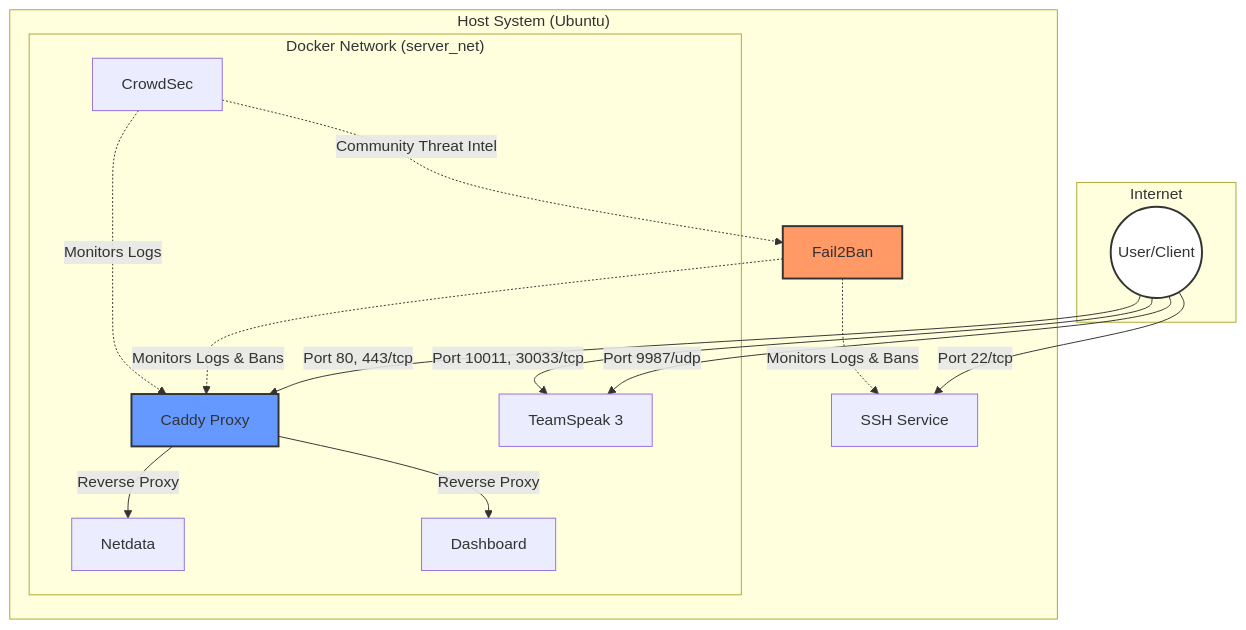
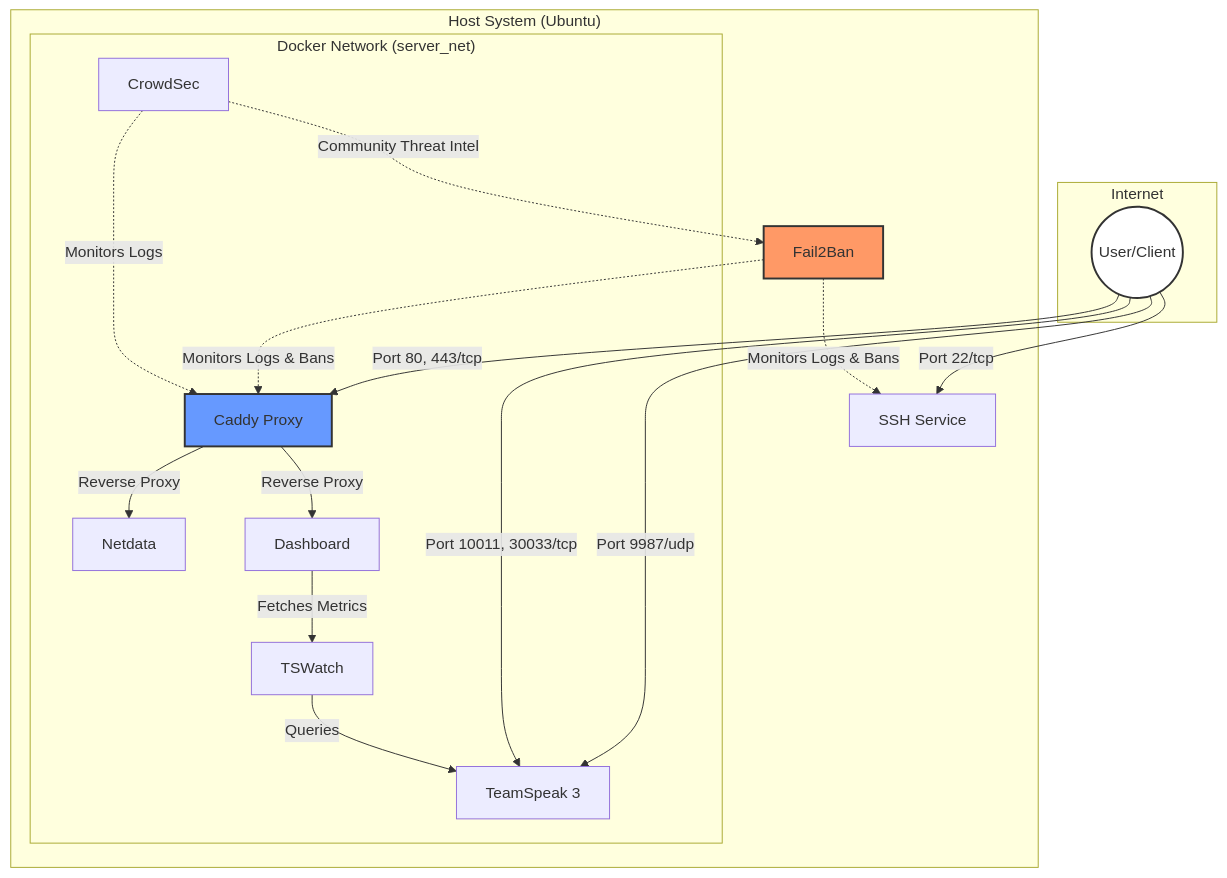
The diagram in README.md (h44se/sg-com-serv), drawn with Mermaid before and after one commit. The commit also changed other lines of this file and 7 other files, not shown here.

````diff
--- a/README.md
+++ b/README.md
@@ -113,39 +113,42 @@
 ```mermaid
 graph TD
     subgraph Internet
         User((User/Client))
     end
 
     subgraph "Host System (Ubuntu)"
         SSH[SSH Service]
         F2B[Fail2Ban]
         
         subgraph "Docker Network (server_net)"
             Caddy[Caddy Proxy]
             TS3[TeamSpeak 3]
             ND[Netdata]
             Dash[Dashboard]
             CS[CrowdSec]
+            TSW[TSWatch]
         end
     end
 
     %% External Connections
     User -->|Port 22/tcp| SSH
     User -->|Port 80, 443/tcp| Caddy
     User -->|Port 9987/udp| TS3
     User -->|Port 10011, 30033/tcp| TS3
 
     %% Internal Interactions
     Caddy -->|Reverse Proxy| ND
     Caddy -->|Reverse Proxy| Dash
+    Dash -->|Fetches Metrics| TSW
+    TSW -->|Queries| TS3
     
     %% Security Layer
     F2B -.->|Monitors Logs & Bans| SSH
     F2B -.->|Monitors Logs & Bans| Caddy
     CS -.->|Community Threat Intel| F2B
     CS -.->|Monitors Logs| Caddy
 
     style F2B fill:#f96,stroke:#333,stroke-width:2px
     style Caddy fill:#69f,stroke:#333,stroke-width:2px
     style User fill:#fff,stroke:#333,stroke-width:2px
 ```
````
